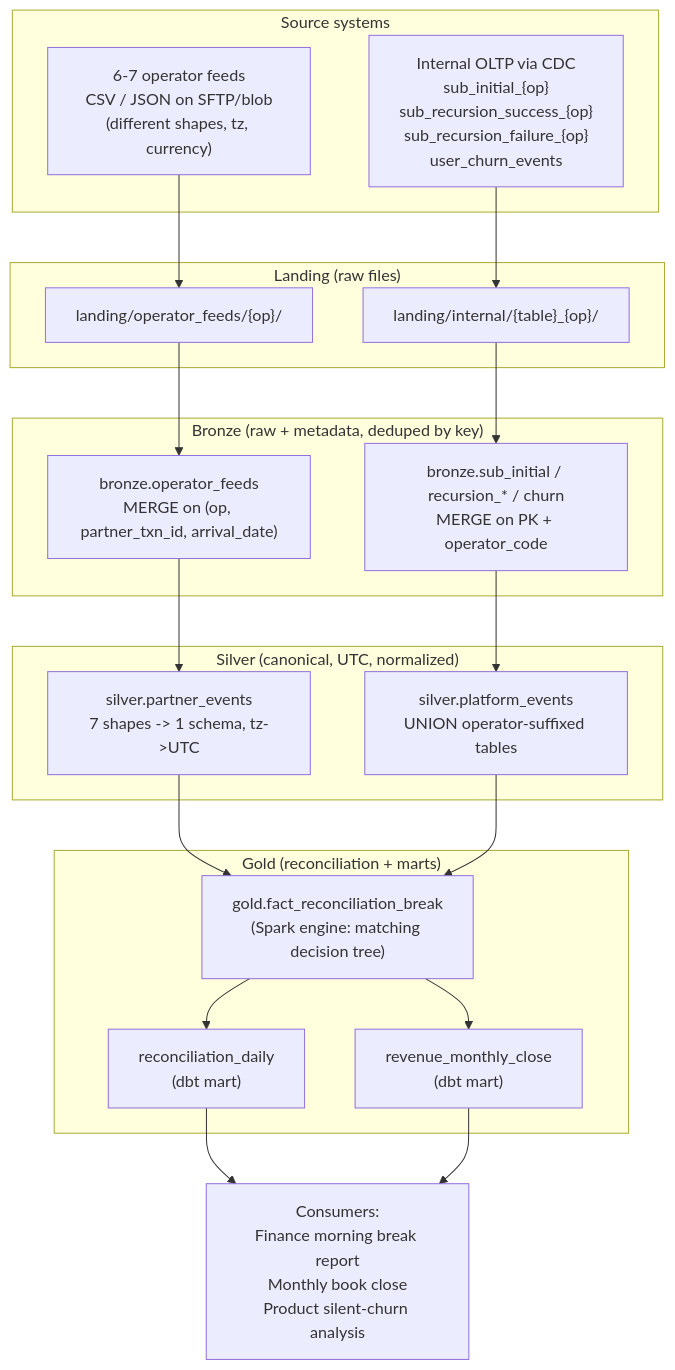
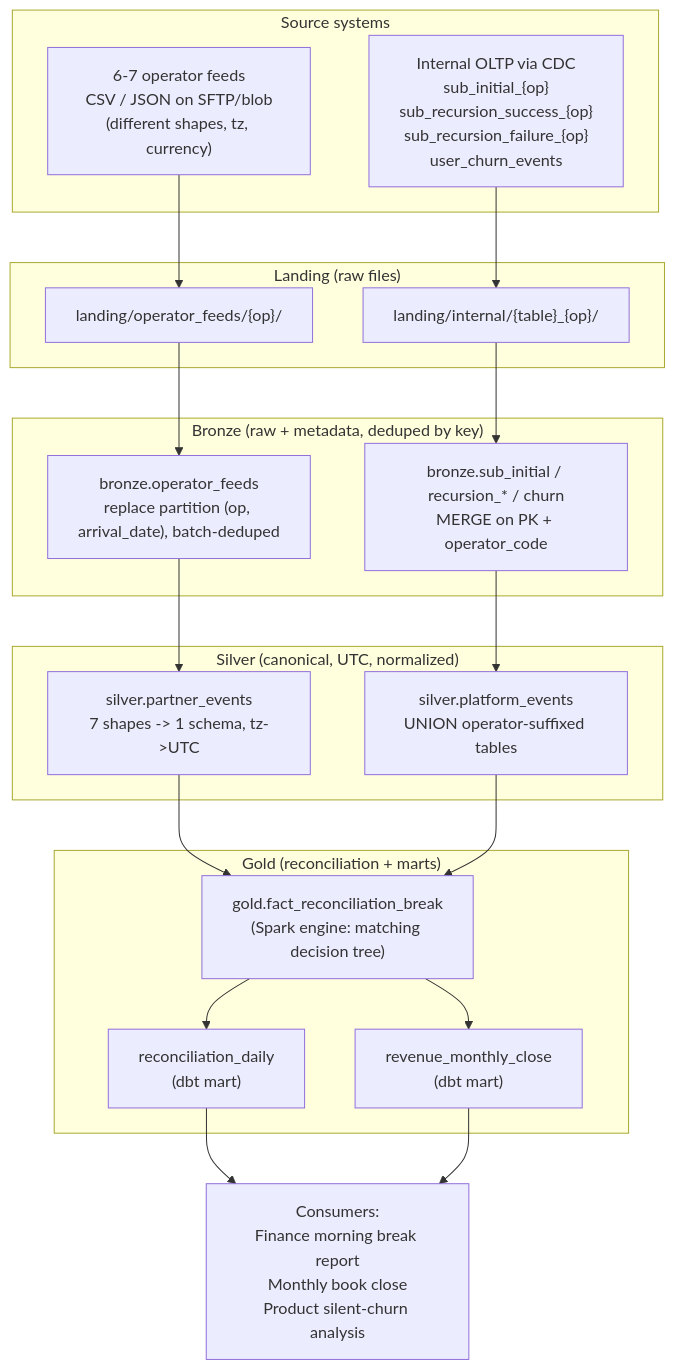
The first of 3 diagrams in README.md (S-A-Ismail/tapmad-reconciliation), drawn with Mermaid before and after one commit. The commit also changed other lines of this file and 1 other file, not shown here.

Commit message:
use shared HMS (thrift://app:9083) instead of embedded Derby; warehouse on s3a; docs: bronze idempotency now partition-replace

````diff
--- a/README.md
+++ b/README.md
@@ -51,35 +51,35 @@
 ```mermaid
 flowchart TD
     subgraph SRC["Source systems"]
         OPS["6-7 operator feeds<br/>CSV / JSON on SFTP/blob<br/>(different shapes, tz, currency)"]
         OLTP["Internal OLTP via CDC<br/>sub_initial_{op}<br/>sub_recursion_success_{op}<br/>sub_recursion_failure_{op}<br/>user_churn_events"]
     end
 
     subgraph LAND["Landing (raw files)"]
         L1["landing/operator_feeds/{op}/"]
         L2["landing/internal/{table}_{op}/"]
     end
 
     subgraph BRONZE["Bronze (raw + metadata, deduped by key)"]
-        B1["bronze.operator_feeds<br/>MERGE on (op, partner_txn_id, arrival_date)"]
+        B1["bronze.operator_feeds<br/>replace partition (op, arrival_date), batch-deduped"]
         B2["bronze.sub_initial / recursion_* / churn<br/>MERGE on PK + operator_code"]
     end
 
     subgraph SILVER["Silver (canonical, UTC, normalized)"]
         S1["silver.partner_events<br/>7 shapes -> 1 schema, tz->UTC"]
         S2["silver.platform_events<br/>UNION operator-suffixed tables"]
     end
 
     subgraph GOLD["Gold (reconciliation + marts)"]
         G1["gold.fact_reconciliation_break<br/>(Spark engine: matching decision tree)"]
         G2["reconciliation_daily<br/>(dbt mart)"]
         G3["revenue_monthly_close<br/>(dbt mart)"]
     end
 
     CONS["Consumers:<br/>Finance morning break report<br/>Monthly book close<br/>Product silent-churn analysis"]
 
     OPS --> L1 --> B1 --> S1 --> G1
     OLTP --> L2 --> B2 --> S2 --> G1
     G1 --> G2 --> CONS
     G1 --> G3 --> CONS
 ```
````
